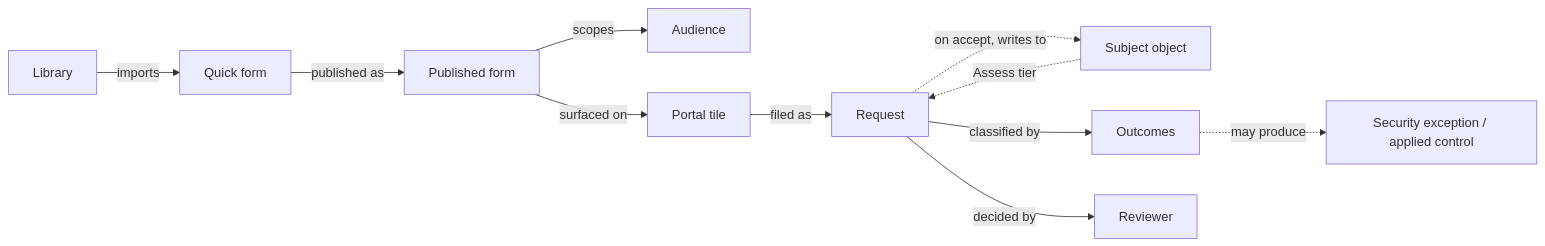
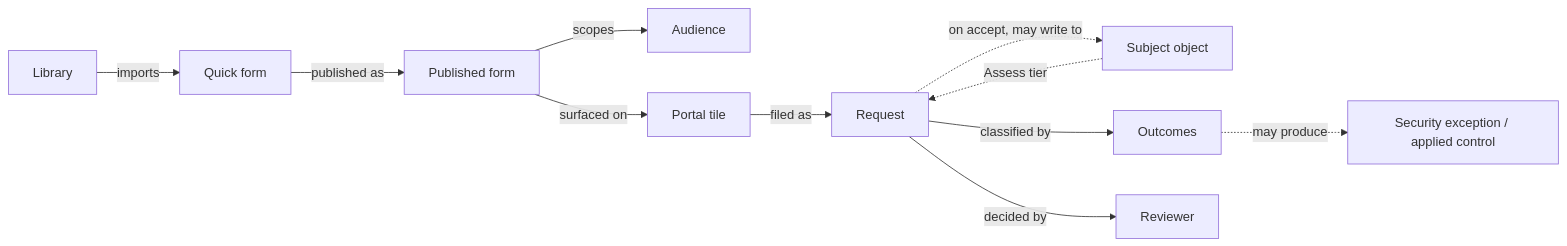
One commit to intuitem/ciso-assistant-community changed the first of 2 diagrams in product-docs/concepts/quick-forms.md. Above: the diagram before and after it, drawn with Mermaid. The commit also changed other lines of this file, not shown here.

````diff
--- a/product-docs/concepts/quick-forms.md
+++ b/product-docs/concepts/quick-forms.md
@@ -21,13 +21,13 @@
 ```mermaid
 graph LR
   LIB[Library] -->|imports| QF[Quick form]
   QF -->|published as| PUB[Published form]
   PUB -->|scopes| AUD[Audience]
   PUB -->|surfaced on| POR[Portal tile]
   POR -->|filed as| REQ[Request]
   SUBJ[Subject object] -.->|Assess tier| REQ
   REQ -->|classified by| OUT[Outcomes]
   REQ -->|decided by| REV[Reviewer]
   OUT -.->|may produce| OBJ[Security exception / applied control]
-  REQ -.->|on accept, writes to| SUBJ
+  REQ -.->|on accept, may write to| SUBJ
 ```
````
